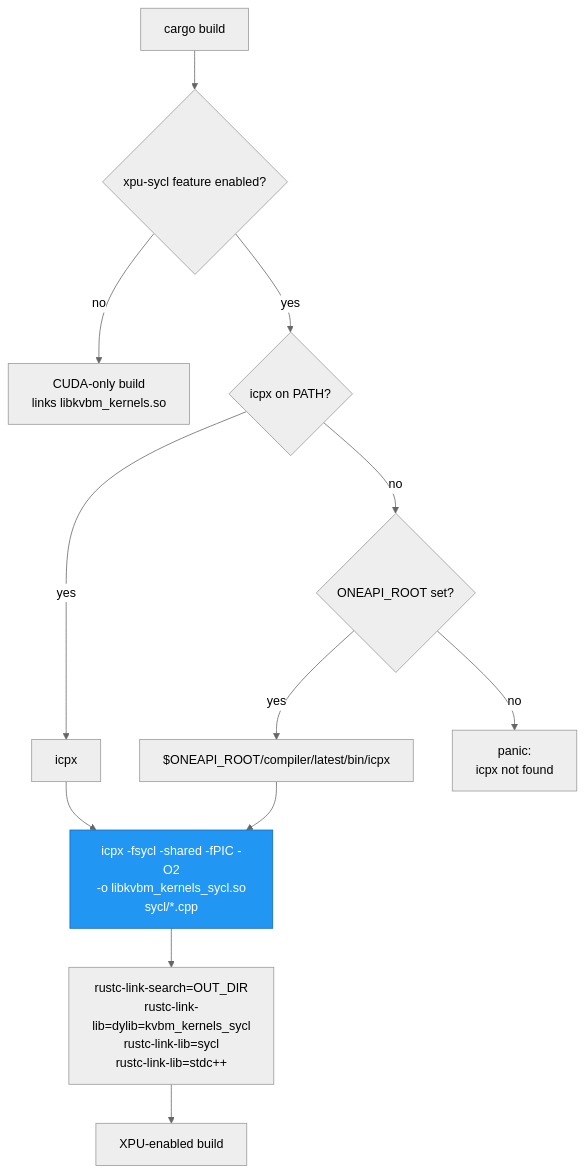
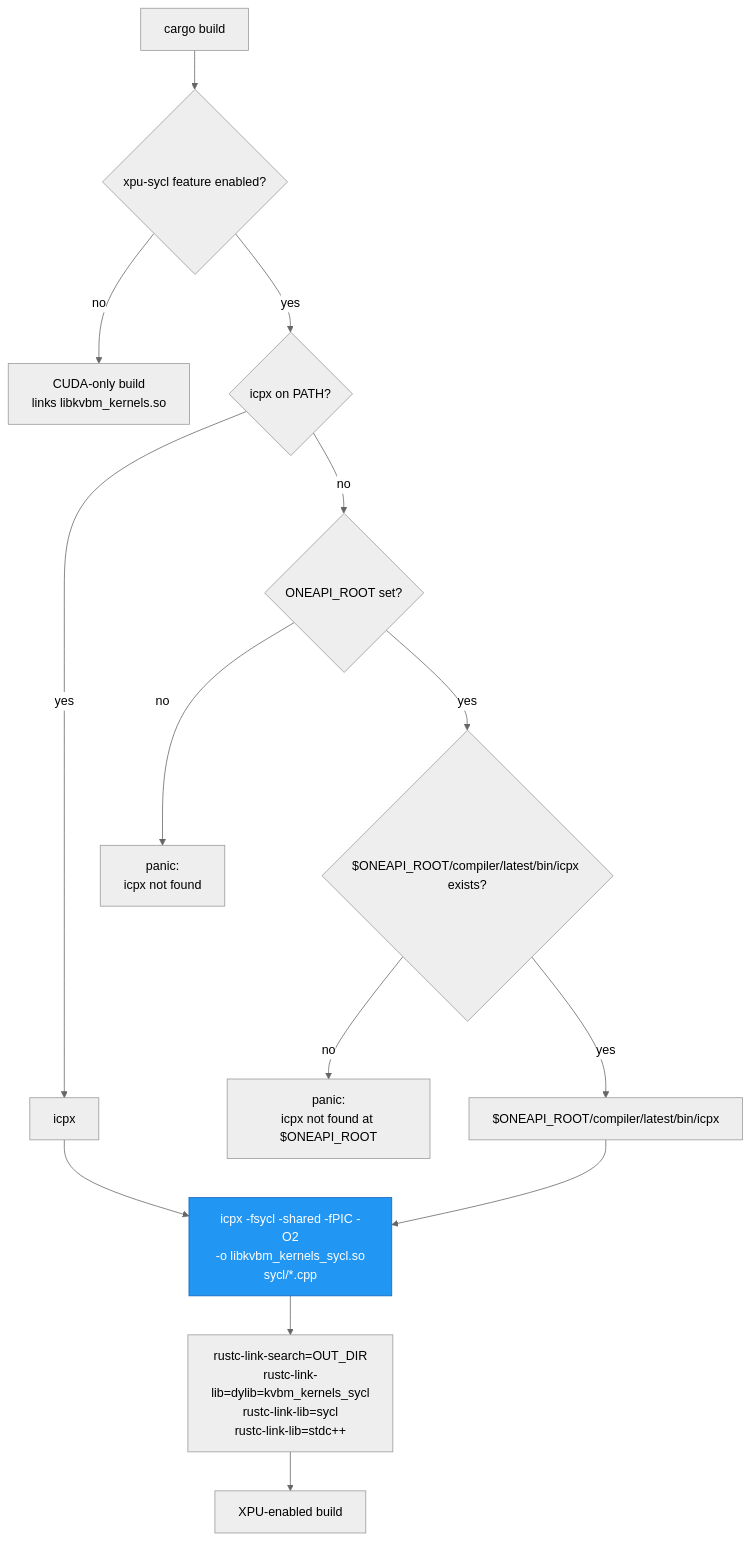
Before and after one commit to ai-dynamo/dynamo: the first of 2 diagrams in lib/kvbm-kernels/docs/sycl_kernels.md, drawn with Mermaid (neutral theme). The commit also changed other lines of this file and 26 other files, not shown here.

````diff
--- a/lib/kvbm-kernels/docs/sycl_kernels.md
+++ b/lib/kvbm-kernels/docs/sycl_kernels.md
@@ -34,16 +35,18 @@
 ```mermaid
 flowchart TD
     A[cargo build] --> B{xpu-sycl feature enabled?}
     B -- no --> DONE_CUDA[CUDA-only build<br/>links libkvbm_kernels.so]
     B -- yes --> C{icpx on PATH?}
     C -- yes --> D[icpx]
     C -- no --> E{ONEAPI_ROOT set?}
-    E -- yes --> F["$ONEAPI_ROOT/compiler/latest/bin/icpx"]
     E -- no --> PANIC[panic:<br/>icpx not found]
+    E -- yes --> F2{$ONEAPI_ROOT/compiler/latest/bin/icpx exists?}
+    F2 -- no --> PANIC2[panic:<br/>icpx not found at $ONEAPI_ROOT]
+    F2 -- yes --> F["$ONEAPI_ROOT/compiler/latest/bin/icpx"]
     D --> G[icpx -fsycl -shared -fPIC -O2<br/>-o libkvbm_kernels_sycl.so<br/>sycl/*.cpp]
     F --> G
     G --> H[rustc-link-search=OUT_DIR<br/>rustc-link-lib=dylib=kvbm_kernels_sycl<br/>rustc-link-lib=sycl<br/>rustc-link-lib=stdc++]
     H --> DONE_XPU[XPU-enabled build]
 
     style G fill:#2196f3,stroke:#1565c0,color:#fff
 ```
````
